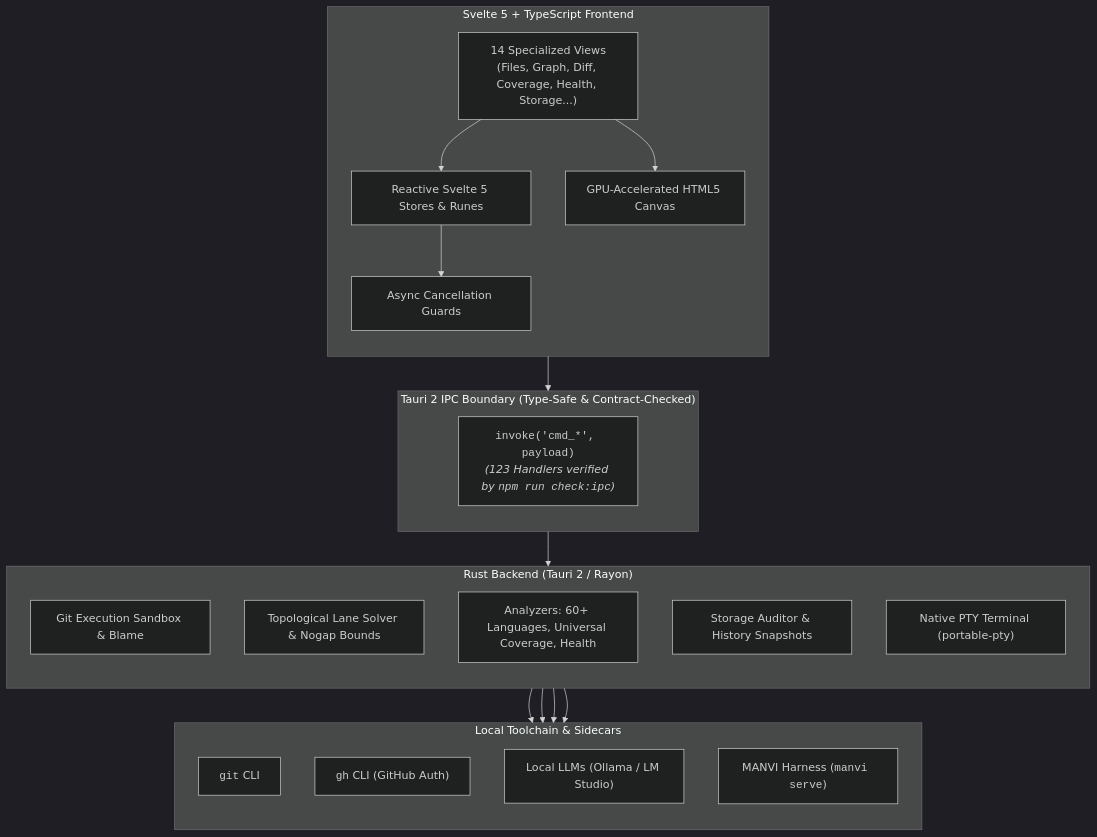
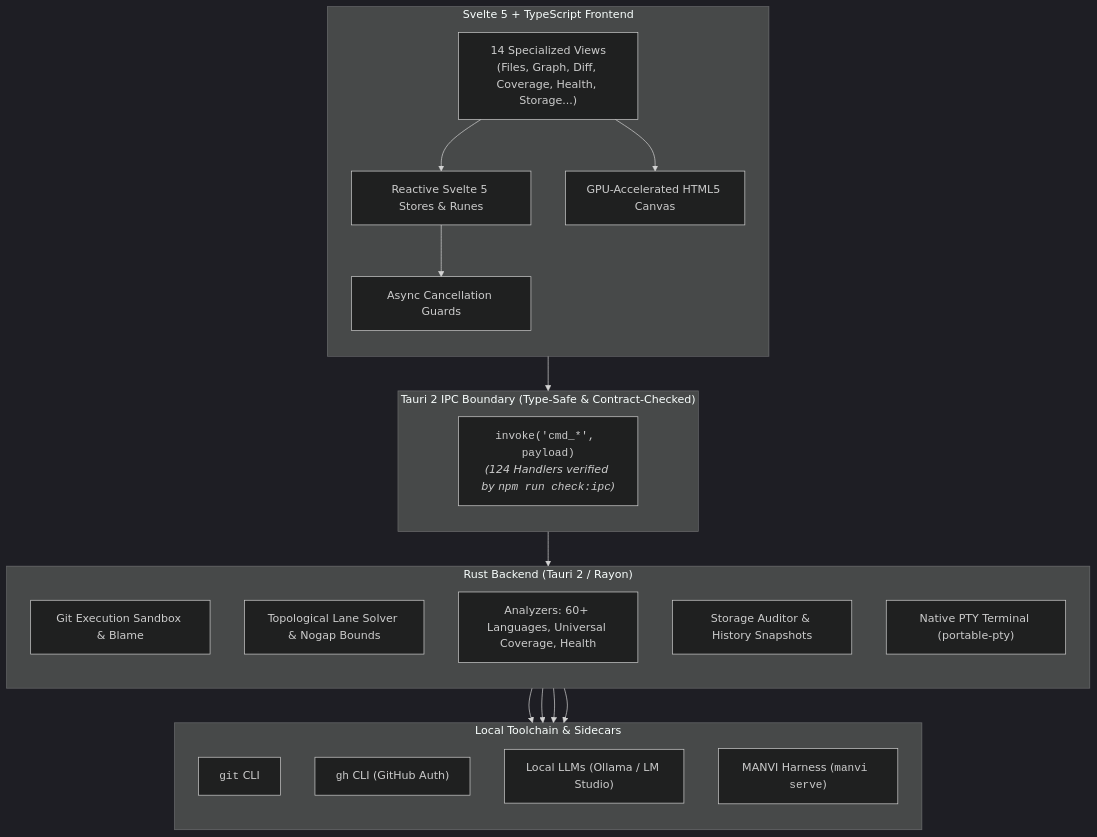
The first of 4 diagrams in README.md (bharathvbcr/GitPulse), drawn with Mermaid (dark theme) before and after one commit. The commit also changed other lines of this file and 18 other files, not shown here.

````diff
--- a/README.md
+++ b/README.md
@@ -41,43 +41,43 @@
 ```mermaid
 flowchart TB
     subgraph Frontend["Svelte 5 + TypeScript Frontend"]
         direction TB
         Views["14 Specialized Views<br/>(Files, Graph, Diff, Coverage, Health, Storage...)"]
         Stores["Reactive Svelte 5 Stores & Runes"]
         CanvasEngine["GPU-Accelerated HTML5 Canvas"]
         AsyncGuards["Async Cancellation Guards"]
         
         Views --> Stores
         Views --> CanvasEngine
         Stores --> AsyncGuards
     end
 
     subgraph IPC["Tauri 2 IPC Boundary (Type-Safe & Contract-Checked)"]
         direction TB
-        IPCBridge["<code>invoke('cmd_*', payload)</code><br/><i>(123 Handlers verified by <code>npm run check:ipc</code>)</i>"]
+        IPCBridge["<code>invoke('cmd_*', payload)</code><br/><i>(124 Handlers verified by <code>npm run check:ipc</code>)</i>"]
     end
 
     subgraph Backend["Rust Backend (Tauri 2 / Rayon)"]
         direction TB
         GitSandbox["Git Execution Sandbox & Blame"]
         GraphSolver["Topological Lane Solver & Nogap Bounds"]
         Analyzers["Analyzers: 60+ Languages, Universal Coverage, Health"]
         StorageEngine["Storage Auditor & History Snapshots"]
         TerminalPTY["Native PTY Terminal (portable-pty)"]
     end
 
     subgraph LocalTools["Local Toolchain & Sidecars"]
         direction TB
         GitCLI["<code>git</code> CLI"]
         GhCLI["<code>gh</code> CLI (GitHub Auth)"]
         LocalAI["Local LLMs (Ollama / LM Studio)"]
         ManviSidecar["MANVI Harness (<code>manvi serve</code>)"]
     end
 
     AsyncGuards --> IPCBridge
     IPCBridge --> Backend
     GitSandbox --> GitCLI
     Analyzers --> GhCLI
     Analyzers --> LocalAI
     Backend --> ManviSidecar
 ```
````
